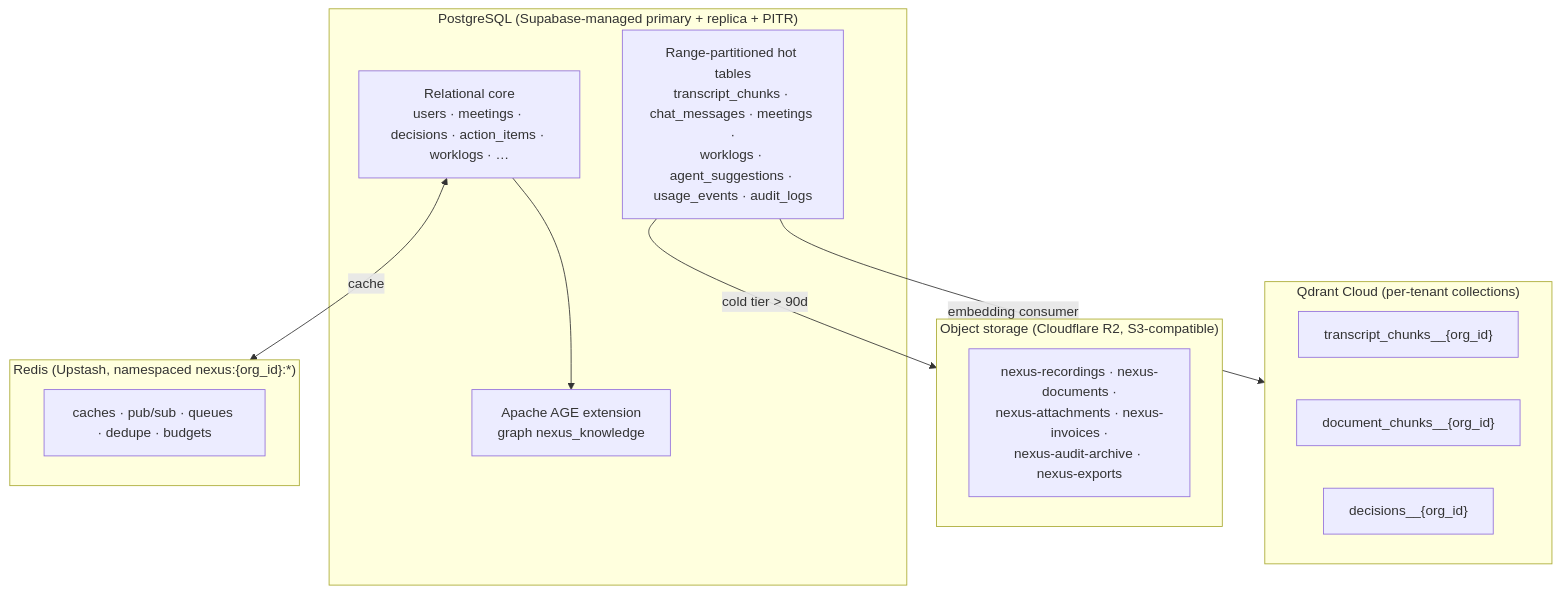
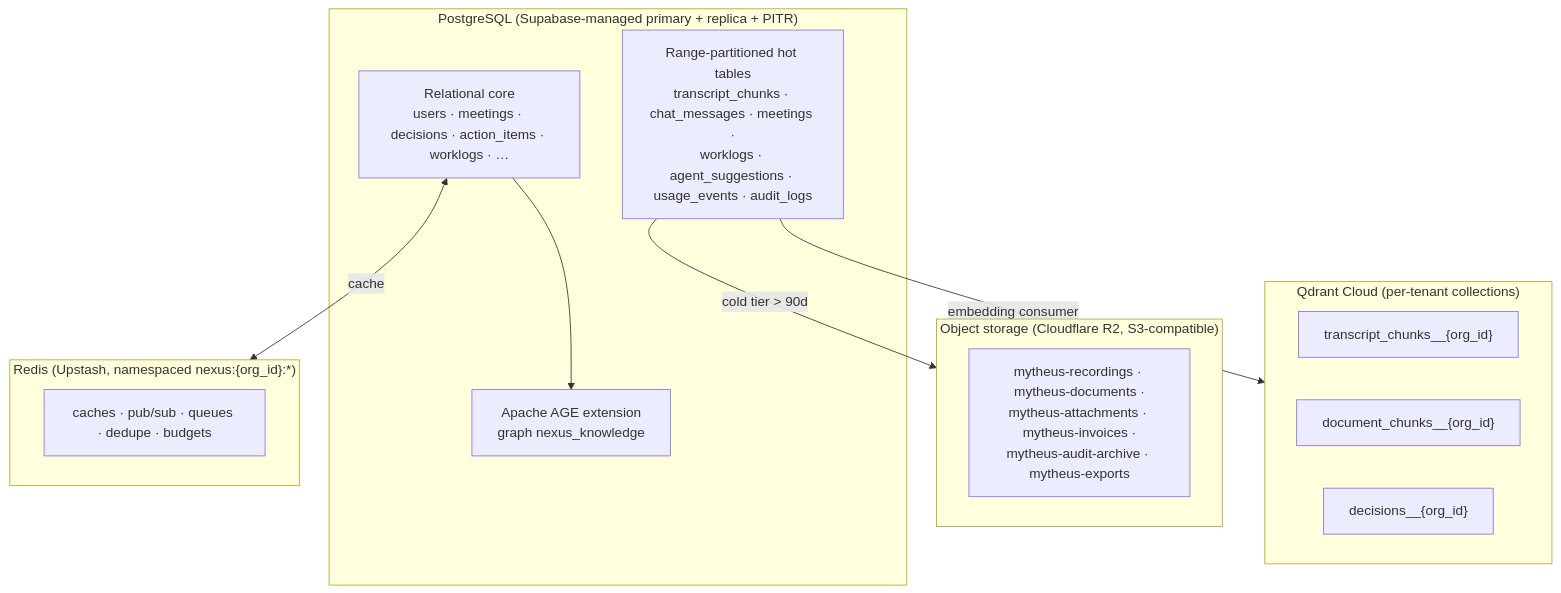
Before and after one commit to Mytheus-AI/mytheus-docs: the second of 10 diagrams in 05-data-architecture.md, drawn with Mermaid. The commit also changed other lines of this file and 28 other files, not shown here.

First line of the commit message:
docs: rename the object storage buckets from nexus-* to mytheus-* (ADR-0028)

````diff
--- a/05-data-architecture.md
+++ b/05-data-architecture.md
@@ -202,23 +202,23 @@
 ```mermaid
 flowchart TB
   subgraph PG["PostgreSQL (Supabase-managed primary + replica + PITR)"]
     PGcore["Relational core<br/>users · meetings · decisions · action_items · worklogs · …"]
     PGpart["Range-partitioned hot tables<br/>transcript_chunks · chat_messages · meetings ·<br/>worklogs · agent_suggestions · usage_events · audit_logs"]
     AGE["Apache AGE extension<br/>graph nexus_knowledge"]
   end
   subgraph QD["Qdrant Cloud (per-tenant collections)"]
     QDt["transcript_chunks__{org_id}"]
     QDd["document_chunks__{org_id}"]
     QDdec["decisions__{org_id}"]
   end
   subgraph RD["Redis (Upstash, namespaced nexus:{org_id}:*)"]
     RDc["caches · pub/sub · queues · dedupe · budgets"]
   end
   subgraph OBJ["Object storage (Cloudflare R2, S3-compatible)"]
-    OBJr["nexus-recordings · nexus-documents ·<br/>nexus-attachments · nexus-invoices ·<br/>nexus-audit-archive · nexus-exports"]
+    OBJr["mytheus-recordings · mytheus-documents ·<br/>mytheus-attachments · mytheus-invoices ·<br/>mytheus-audit-archive · mytheus-exports"]
   end
   PGcore --> AGE
   PGpart -->|embedding consumer| QD
   PGpart -->|cold tier > 90d| OBJ
   PGcore <-->|cache| RD
 ```
````
